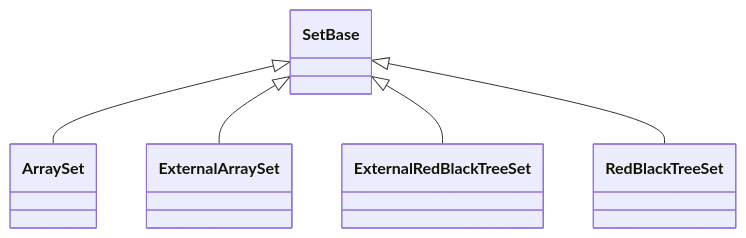
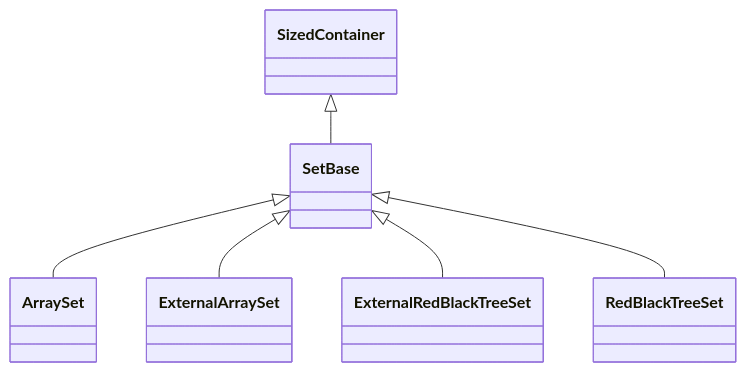
Before and after one commit to nasa/fprime: the fourth of 4 diagrams in Fw/DataStructures/docs/sdd.md, drawn with Mermaid. The commit also changed other lines of this file, not shown here.

````diff
--- a/Fw/DataStructures/docs/sdd.md
+++ b/Fw/DataStructures/docs/sdd.md
@@ -139,7 +151,8 @@
 ```mermaid
 classDiagram
+    SizedContainer <|-- SetBase
     SetBase <|-- ArraySet
     SetBase <|-- ExternalArraySet
     SetBase <|-- ExternalRedBlackTreeSet
     SetBase <|-- RedBlackTreeSet
 ```
````
